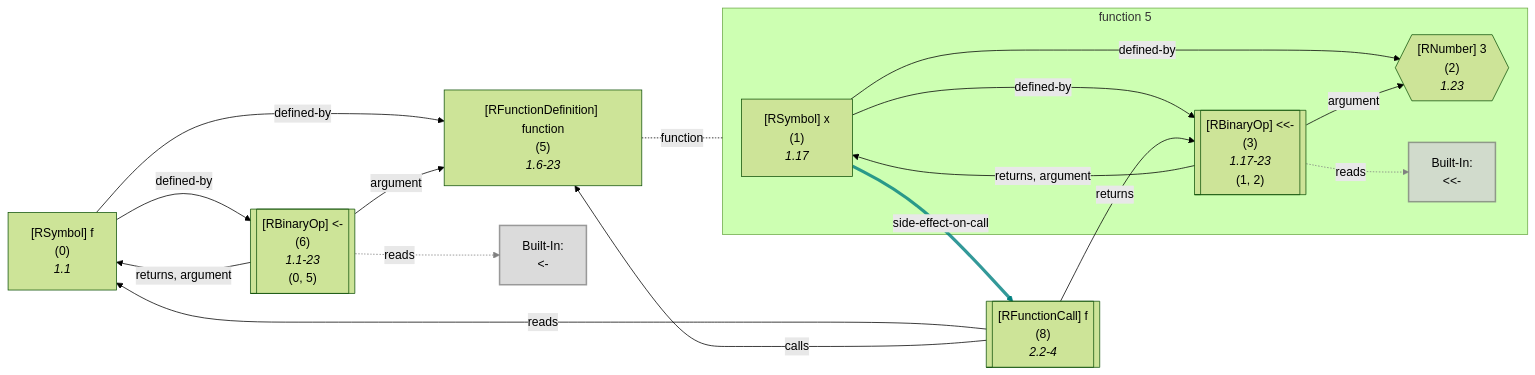
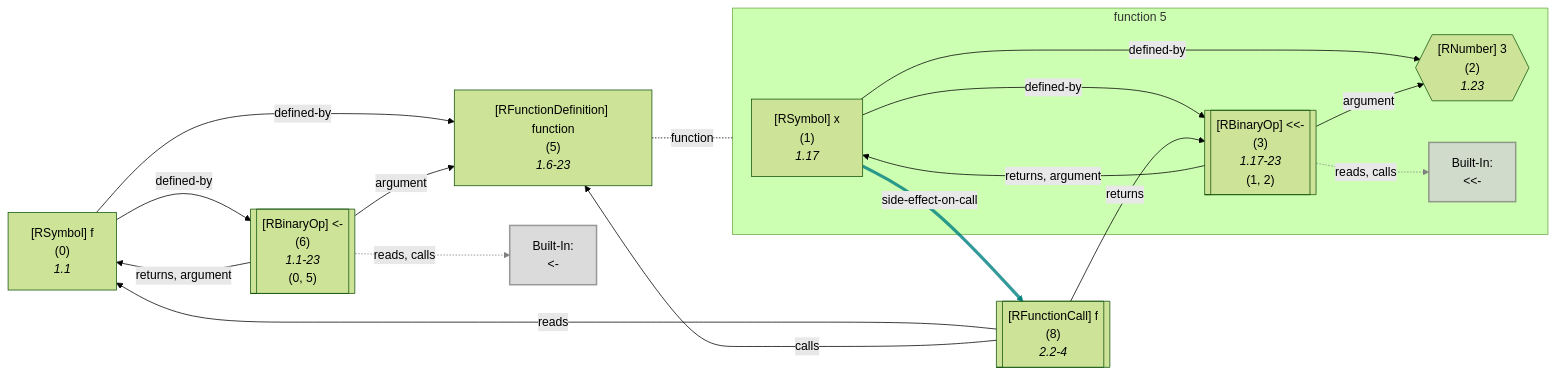
One commit to flowr-analysis/flowr changed diagram 17 of 51 in wiki/Dataflow Graph.md. Above: the diagram before and after it, drawn with Mermaid (forest theme). The commit also changed other lines of this file and 8 other files, not shown here.

Commit message:
[skip ci] doc: update generated wiki pages (wiki/Capabilities,wiki/Dataflow Graph,wiki/Query API,wiki/Search API,wiki/Engines,wiki/Interface,wiki/Control Flow Graph,wiki/Core,README)

````diff
--- a/wiki/Dataflow Graph.md
+++ b/wiki/Dataflow Graph.md
@@ -2599,62 +2599,62 @@
 ```mermaid
 flowchart LR
     %% Environment of 5 [level: 0]:
     %% Built-in
     %% 325----------------------------------------
     %%   x: {**x** (id: 1, type: Variable, def. @3)}
     5["`#91;RFunctionDefinition#93; function
       (5)
       *1.6-23*`"]
 
 subgraph "flow-5" [function 5]
     2{{"`#91;RNumber#93; 3
       (2)
       *1.23*`"}}
     1["`#91;RSymbol#93; x
       (1)
       *1.17*`"]
     3[["`#91;RBinaryOp#93; #60;#60;#45;
       (3)
       *1.17-23*
     (1, 2)`"]]
     built-in:__-["`Built-In:
 #60;#60;#45;`"]
     style built-in:__- stroke:gray,fill:lightgray,stroke-width:2px,opacity:.8;
 end
     0["`#91;RSymbol#93; f
       (0)
       *1.1*`"]
     6[["`#91;RBinaryOp#93; #60;#45;
       (6)
       *1.1-23*
     (0, 5)`"]]
     built-in:_-["`Built-In:
 #60;#45;`"]
     style built-in:_- stroke:gray,fill:lightgray,stroke-width:2px,opacity:.8;
     %% Environment of 8 [level: 0]:
     %% Built-in
     %% 333----------------------------------------
     %%   f: {**f** (id: 0, type: Function, def. @6)}
     8[["`#91;RFunctionCall#93; f
       (8)
       *2.2-4*`"]]
     1 -->|"defined-by"| 2
     1 -->|"defined-by"| 3
     1 -->|"side-effect-on-call"| 8
     linkStyle 2 stroke:teal,stroke-width:4.2px,stroke-opacity:.8
     3 -->|"argument"| 2
     3 -->|"returns, argument"| 1
-    3 -.->|"reads"| built-in:__-
+    3 -.->|"reads, calls"| built-in:__-
     linkStyle 5 stroke:gray;
 5 -.-|function| flow-5
 
     0 -->|"defined-by"| 5
     0 -->|"defined-by"| 6
     6 -->|"argument"| 5
     6 -->|"returns, argument"| 0
-    6 -.->|"reads"| built-in:_-
+    6 -.->|"reads, calls"| built-in:_-
     linkStyle 11 stroke:gray;
     8 -->|"reads"| 0
     8 -->|"returns"| 3
     8 -->|"calls"| 5
 ```
````
